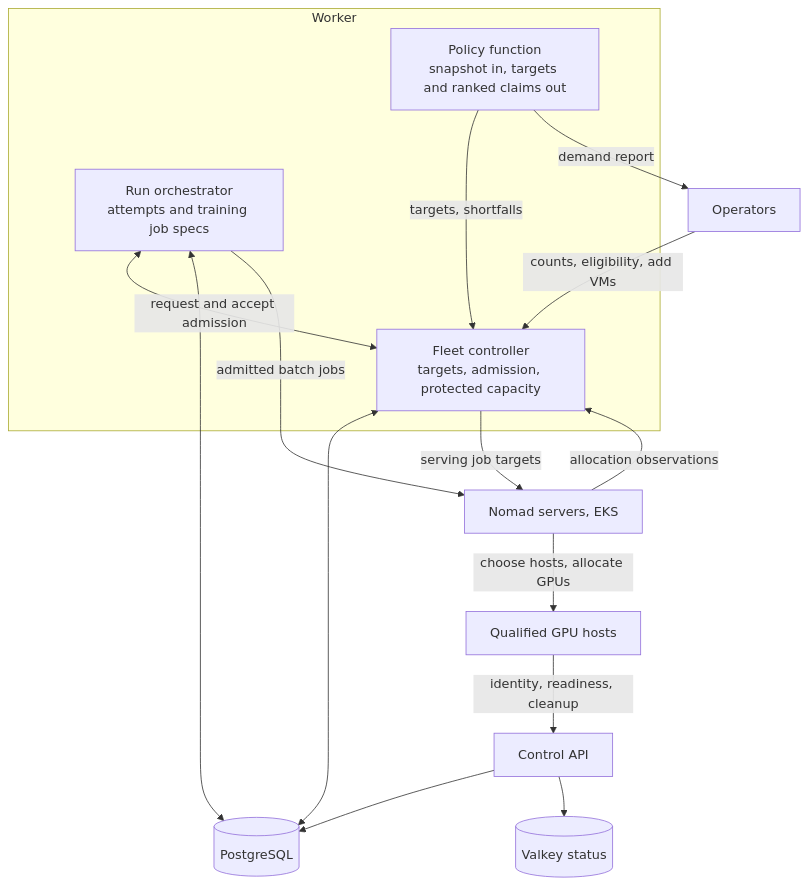
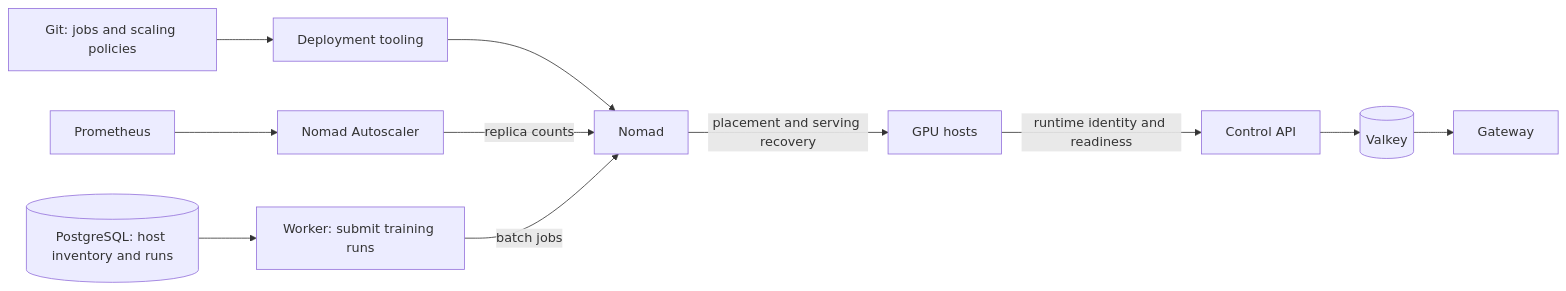
One commit to Gradiated/gradiated changed the diagram in docs/TASK_FINE_TUNING_FLEET_CONTRACT.md. Above: the diagram before and after it, drawn with Mermaid. The commit also changed other lines of this file and 7 other files, not shown here.

First line of the commit message:
Simplify fine-tuning architecture and unify generation events (#44)

````diff
--- a/docs/TASK_FINE_TUNING_FLEET_CONTRACT.md
+++ b/docs/TASK_FINE_TUNING_FLEET_CONTRACT.md
@@ -7,21 +7,13 @@
 ```mermaid
-flowchart TD
-  subgraph Worker
-    POL[Policy function<br/>snapshot in, targets and ranked claims out]
-    CTRL[Fleet controller<br/>targets, admission, protected capacity]
-    ORCH[Run orchestrator<br/>attempts and training job specs]
-  end
-  OPS[Operators] -->|counts, eligibility, add VMs| CTRL
-  POL -->|targets, shortfalls| CTRL
-  POL -->|demand report| OPS
-  ORCH <-->|request and accept admission| CTRL
-  CTRL <--> PG[(PostgreSQL)]
-  ORCH <--> PG
-  CTRL -->|serving job targets| NS[Nomad servers, EKS]
-  ORCH -->|admitted batch jobs| NS
-  NS -->|choose hosts, allocate GPUs| HOSTS[Qualified GPU hosts]
-  HOSTS -->|identity, readiness, cleanup| API[Control API]
-  API --> PG
-  API --> VK[(Valkey status)]
-  NS -->|allocation observations| CTRL
+flowchart LR
+  G[Git: jobs and scaling policies] --> D[Deployment tooling]
+  D --> N[Nomad]
+  P[Prometheus] --> A[Nomad Autoscaler]
+  A -->|replica counts| N
+  W[Worker: submit training runs] -->|batch jobs| N
+  PG[(PostgreSQL: host inventory and runs)] --> W
+  N -->|placement and serving recovery| H[GPU hosts]
+  H -->|runtime identity and readiness| API[Control API]
+  API --> V[(Valkey)]
+  V --> GW[Gateway]
 ```
````
